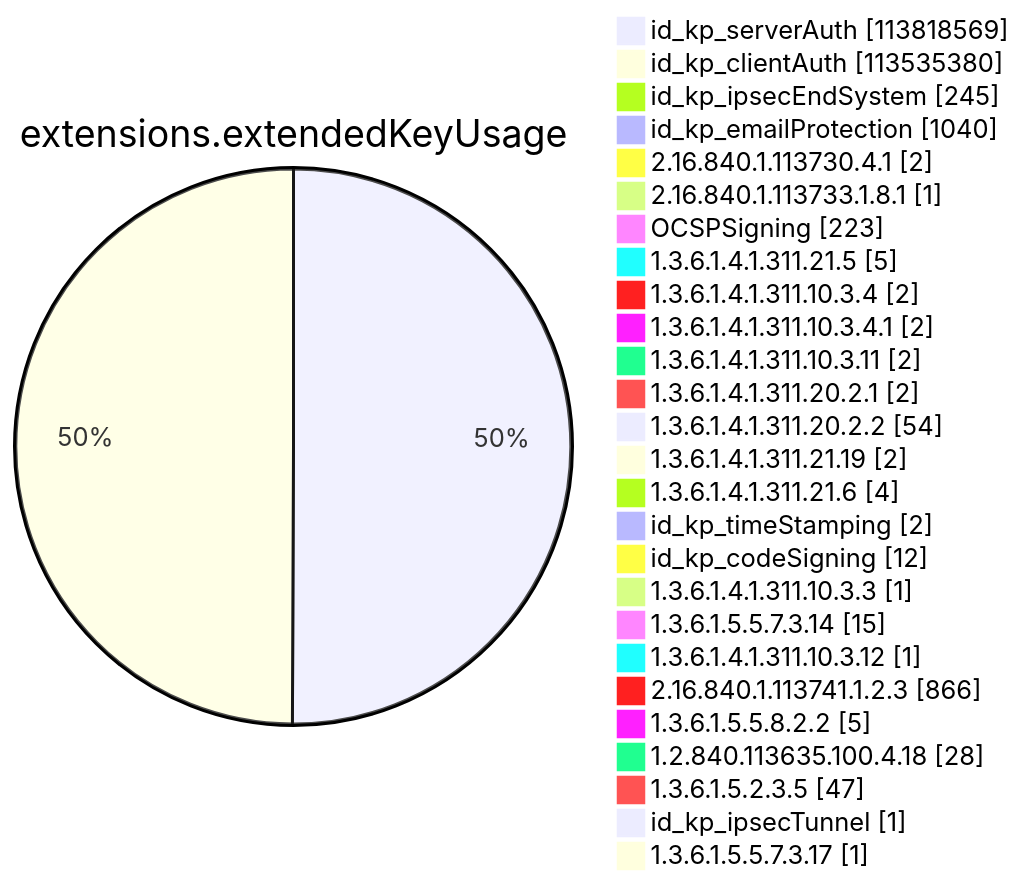
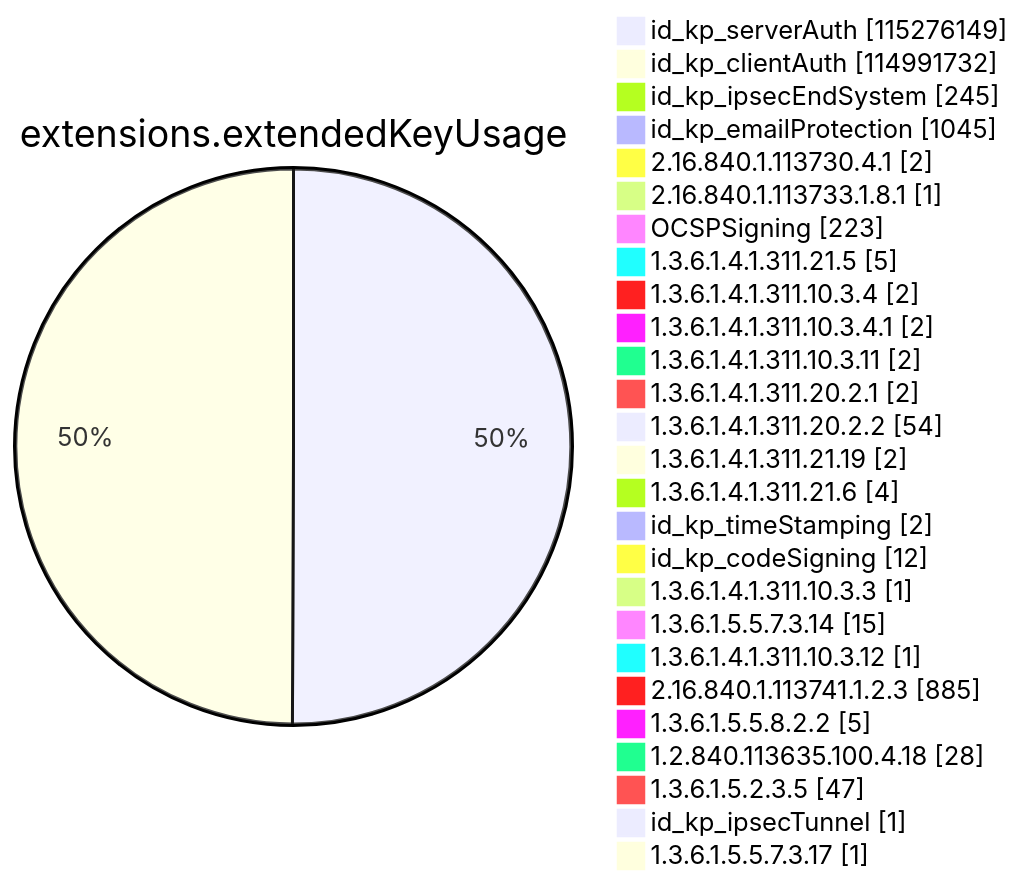
Diagram 11 of 15 in xenon2023/README.md (christiankrug/ctmonitor_visualization), drawn with Mermaid before and after one commit. The commit also changed other lines of this file, not shown here.

````diff
--- a/xenon2023/README.md
+++ b/xenon2023/README.md
@@ -2666,30 +2666,30 @@
 ```mermaid
 pie showData
 title extensions.extendedKeyUsage
-"id_kp_serverAuth" :113818569
-"id_kp_clientAuth" :113535380
+"id_kp_serverAuth" :115276149
+"id_kp_clientAuth" :114991732
 "id_kp_ipsecEndSystem" :245
-"id_kp_emailProtection" :1040
+"id_kp_emailProtection" :1045
 "2.16.840.1.113730.4.1" :2
 "2.16.840.1.113733.1.8.1" :1
 "OCSPSigning" :223
 "1.3.6.1.4.1.311.21.5" :5
 "1.3.6.1.4.1.311.10.3.4" :2
 "1.3.6.1.4.1.311.10.3.4.1" :2
 "1.3.6.1.4.1.311.10.3.11" :2
 "1.3.6.1.4.1.311.20.2.1" :2
 "1.3.6.1.4.1.311.20.2.2" :54
 "1.3.6.1.4.1.311.21.19" :2
 "1.3.6.1.4.1.311.21.6" :4
 "id_kp_timeStamping" :2
 "id_kp_codeSigning" :12
 "1.3.6.1.4.1.311.10.3.3" :1
 "1.3.6.1.5.5.7.3.14" :15
 "1.3.6.1.4.1.311.10.3.12" :1
-"2.16.840.1.113741.1.2.3" :866
+"2.16.840.1.113741.1.2.3" :885
 "1.3.6.1.5.5.8.2.2" :5
 "1.2.840.113635.100.4.18" :28
 "1.3.6.1.5.2.3.5" :47
 "id_kp_ipsecTunnel" :1
 "1.3.6.1.5.5.7.3.17" :1
 ```
````
